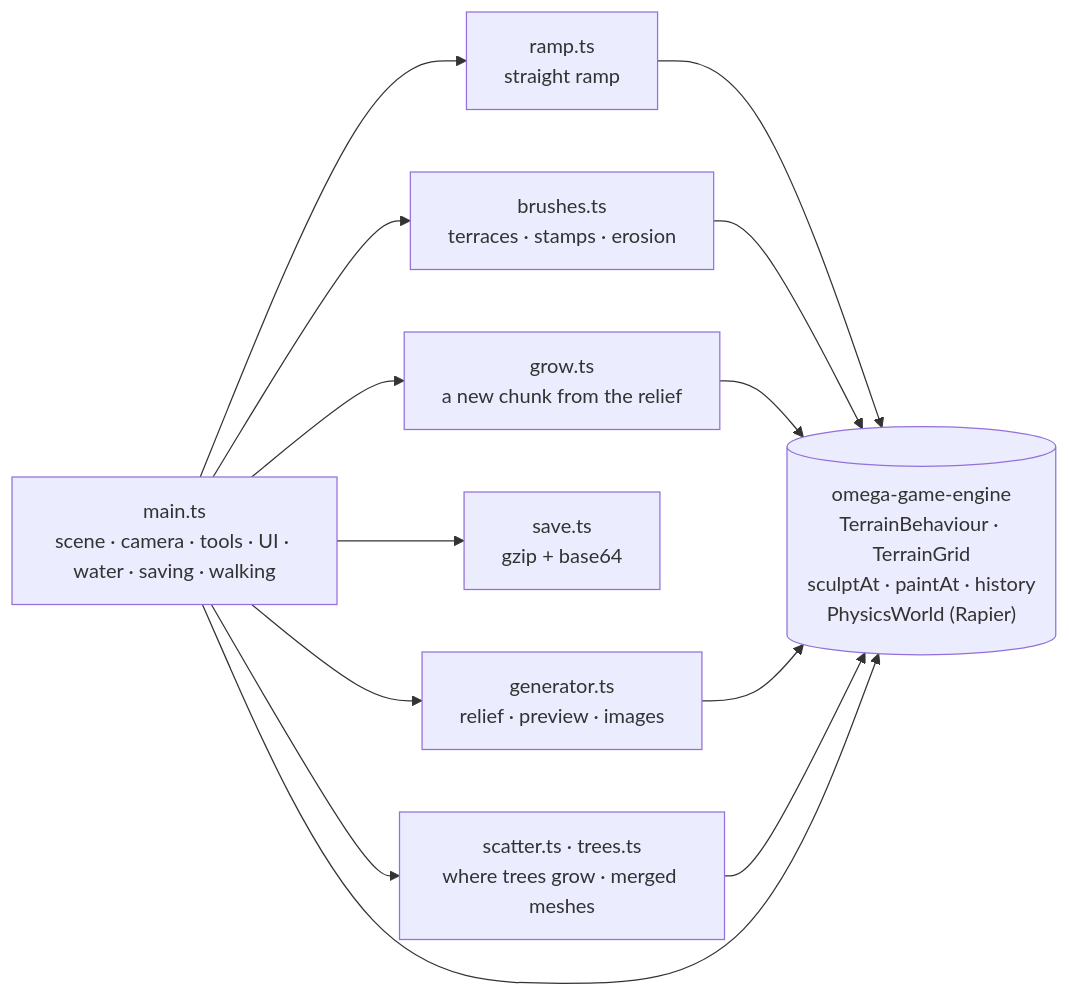
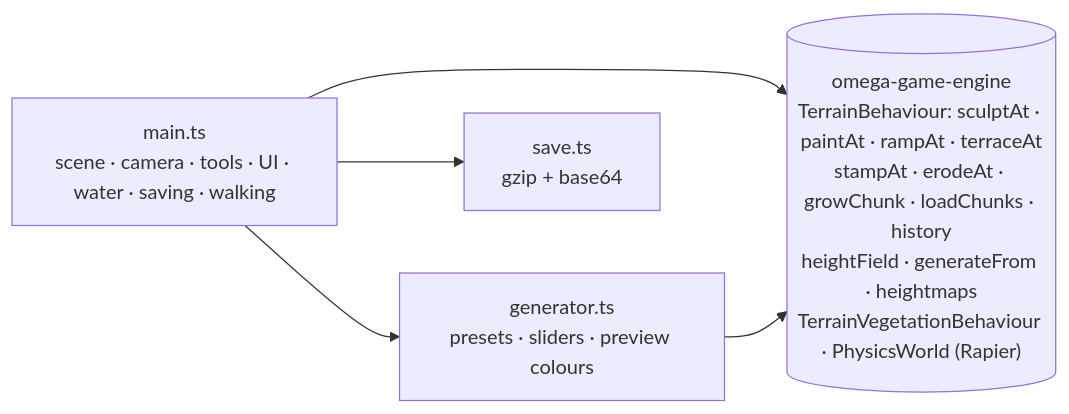
Before and after one commit to tugapse/omega-games: the diagram in src/terrain/README.md, drawn with Mermaid. The commit also changed other lines of this file and 15 other files, not shown here.

````diff
--- a/src/terrain/README.md
+++ b/src/terrain/README.md
@@ -126,14 +129,9 @@
 ```mermaid
 flowchart LR
   main["main.ts<br/>scene · camera · tools · UI · water · saving · walking"]
-  ramp["ramp.ts<br/>straight ramp"]
-  brushes["brushes.ts<br/>terraces · stamps · erosion"]
-  grow["grow.ts<br/>a new chunk from the relief"]
+  gen["generator.ts<br/>presets · sliders · preview colours"]
   save["save.ts<br/>gzip + base64"]
-  gen["generator.ts<br/>relief · preview · images"]
-  scatter["scatter.ts · trees.ts<br/>where trees grow · merged meshes"]
-  engine[("omega-game-engine<br/>TerrainBehaviour · TerrainGrid<br/>sculptAt · paintAt · history<br/>PhysicsWorld (Rapier)")]
-  main --> ramp & brushes & grow & save & gen & scatter
-  ramp & brushes & grow & gen & scatter --> engine
-  main --> engine
+  engine[("omega-game-engine<br/>TerrainBehaviour: sculptAt · paintAt · rampAt · terraceAt<br/>stampAt · erodeAt · growChunk · loadChunks · history<br/>heightField · generateFrom · heightmaps<br/>TerrainVegetationBehaviour · PhysicsWorld (Rapier)")]
+  main --> gen & save
+  main & gen --> engine
 ```
````
